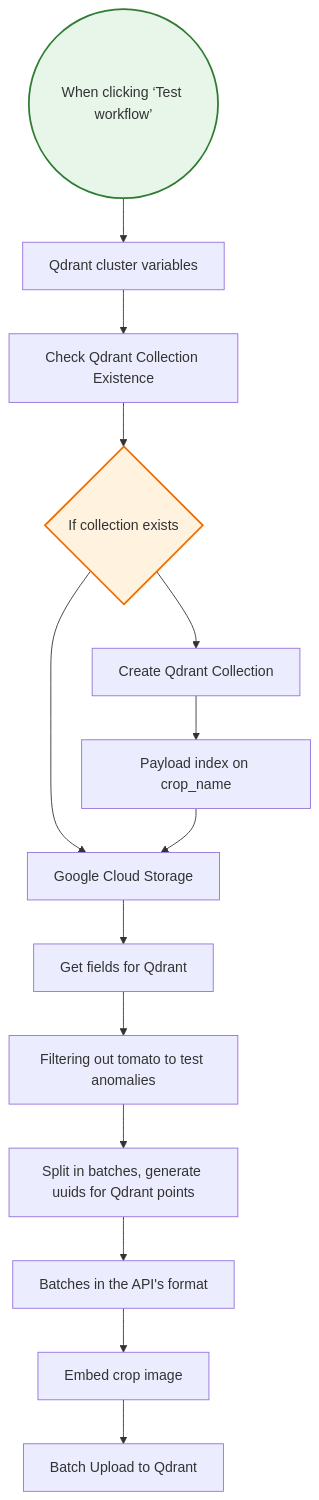
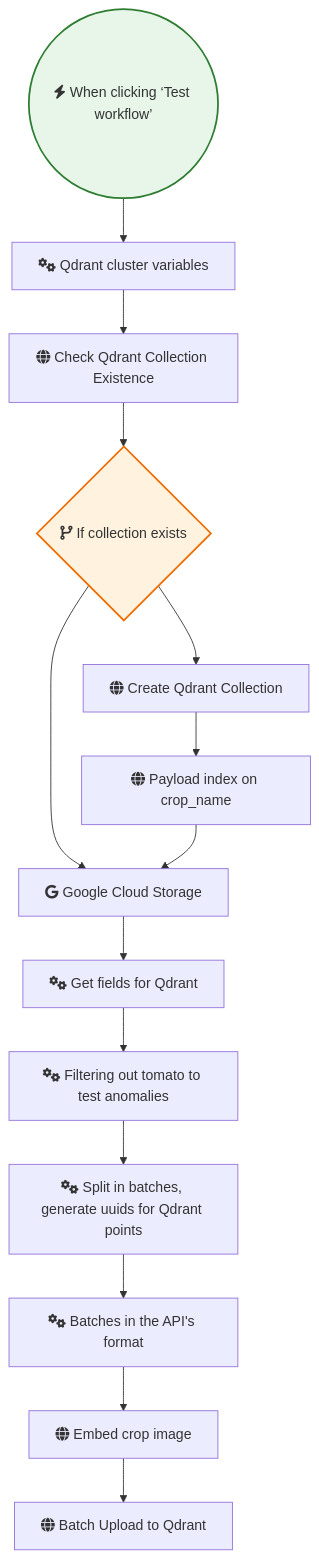
One commit to sreyash3105/N8N-DEMO-AUTOMATIONS changed the diagram in AI_Research_RAG_and_Data_Analysis/1 3 - Anomaly Detection 1 2 - Knn Classification Batch Upload Dataset to Qdrant Crops Dataset.md. Above: the diagram before and after it, drawn with Mermaid. The commit also changed 291 other files, not shown here.

````diff
--- a/AI_Research_RAG_and_Data_Analysis/1 3 - Anomaly Detection 1 2 - Knn Classification Batch Upload Dataset to Qdrant Crops Dataset.md
+++ b/AI_Research_RAG_and_Data_Analysis/1 3 - Anomaly Detection 1 2 - Knn Classification Batch Upload Dataset to Qdrant Crops Dataset.md
@@ -1,34 +1,34 @@
 ```mermaid
 graph TD
     classDef trigger fill:#e8f5e9,stroke:#2e7d32,stroke-width:2px;
     classDef ai fill:#e3f2fd,stroke:#1565c0,stroke-width:2px;
     classDef logic fill:#fff3e0,stroke:#ef6c00,stroke-width:2px;
 
-    When_clicking__Test_workflow_(("When clicking ‘Test workflow’")):::trigger
-    Google_Cloud_Storage["Google Cloud Storage"]
-    Get_fields_for_Qdrant["Get fields for Qdrant"]
-    Qdrant_cluster_variables["Qdrant cluster variables"]
-    Embed_crop_image["Embed crop image"]
-    Create_Qdrant_Collection["Create Qdrant Collection"]
-    Check_Qdrant_Collection_Existence["Check Qdrant Collection Existence"]
-    Batches_in_the_API_s_format["Batches in the API's format"]
-    Batch_Upload_to_Qdrant["Batch Upload to Qdrant"]
-    Split_in_batches__generate_uuids_for_Qdrant_points["Split in batches, generate uuids for Qdrant points"]
-    If_collection_exists{"If collection exists"}:::logic
-    Payload_index_on_crop_name["Payload index on crop_name"]
-    Filtering_out_tomato_to_test_anomalies["Filtering out tomato to test anomalies"]
+    When_clicking__Test_workflow_(("fas:fa-bolt When clicking ‘Test workflow’")):::trigger
+    Google_Cloud_Storage["fab:fa-google Google Cloud Storage"]
+    Get_fields_for_Qdrant["fas:fa-cogs Get fields for Qdrant"]
+    Qdrant_cluster_variables["fas:fa-cogs Qdrant cluster variables"]
+    Embed_crop_image["fas:fa-globe Embed crop image"]
+    Create_Qdrant_Collection["fas:fa-globe Create Qdrant Collection"]
+    Check_Qdrant_Collection_Existence["fas:fa-globe Check Qdrant Collection Existence"]
+    Batches_in_the_API_s_format["fas:fa-cogs Batches in the API's format"]
+    Batch_Upload_to_Qdrant["fas:fa-globe Batch Upload to Qdrant"]
+    Split_in_batches__generate_uuids_for_Qdrant_points["fas:fa-cogs Split in batches, generate uuids for Qdrant points"]
+    If_collection_exists{"fas:fa-code-branch If collection exists"}:::logic
+    Payload_index_on_crop_name["fas:fa-globe Payload index on crop_name"]
+    Filtering_out_tomato_to_test_anomalies["fas:fa-cogs Filtering out tomato to test anomalies"]
 
     Embed_crop_image --> Batch_Upload_to_Qdrant
     Google_Cloud_Storage --> Get_fields_for_Qdrant
     If_collection_exists --> Google_Cloud_Storage
     If_collection_exists --> Create_Qdrant_Collection
     Get_fields_for_Qdrant --> Filtering_out_tomato_to_test_anomalies
     Create_Qdrant_Collection --> Payload_index_on_crop_name
     Qdrant_cluster_variables --> Check_Qdrant_Collection_Existence
     Payload_index_on_crop_name --> Google_Cloud_Storage
     Batches_in_the_API_s_format --> Embed_crop_image
     Check_Qdrant_Collection_Existence --> If_collection_exists
     When_clicking__Test_workflow_ --> Qdrant_cluster_variables
     Filtering_out_tomato_to_test_anomalies --> Split_in_batches__generate_uuids_for_Qdrant_points
     Split_in_batches__generate_uuids_for_Qdrant_points --> Batches_in_the_API_s_format
 ```
````
